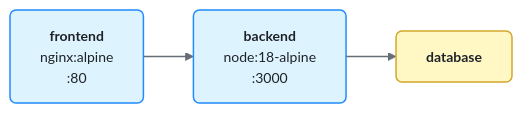
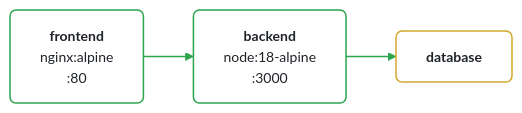
One commit to nithyatsu/prototype changed the diagram in README.md. Above: the diagram before and after it, drawn with Mermaid. The commit also changed 1 other file, not shown here.

````diff
--- a/README.md
+++ b/README.md
@@ -10,17 +10,17 @@
 ```mermaid
-%%{ init: { 'theme': 'base', 'themeVariables': { 'primaryColor': '#ffffff', 'primaryTextColor': '#1f2328', 'primaryBorderColor': '#d1d9e0', 'lineColor': '#656d76', 'secondaryColor': '#f6f8fa', 'tertiaryColor': '#ffffff', 'background': '#ffffff', 'mainBkg': '#ffffff', 'nodeBorder': '#d1d9e0', 'clusterBkg': '#f6f8fa', 'clusterBorder': '#d1d9e0', 'fontSize': '14px', 'fontFamily': '-apple-system, BlinkMacSystemFont, Segoe UI, Noto Sans, Helvetica, Arial, sans-serif' } } }%%
+%%{ init: { 'theme': 'base', 'themeVariables': { 'primaryColor': '#ffffff', 'primaryTextColor': '#1f2328', 'primaryBorderColor': '#d1d9e0', 'lineColor': '#2da44e', 'secondaryColor': '#f6f8fa', 'tertiaryColor': '#ffffff', 'background': '#ffffff', 'mainBkg': '#ffffff', 'nodeBorder': '#d1d9e0', 'clusterBkg': '#f6f8fa', 'clusterBorder': '#d1d9e0', 'fontSize': '14px', 'fontFamily': '-apple-system, BlinkMacSystemFont, Segoe UI, Noto Sans, Helvetica, Arial, sans-serif' } } }%%
 graph LR
-    classDef container fill:#ddf4ff,stroke:#218bff,stroke-width:1.5px,color:#1f2328,rx:6,ry:6
-    classDef datastore fill:#fff8c5,stroke:#d4a72c,stroke-width:1.5px,color:#1f2328,rx:6,ry:6
-    classDef other fill:#f6f8fa,stroke:#d1d9e0,stroke-width:1.5px,color:#1f2328,rx:6,ry:6
+    classDef container fill:#ffffff,stroke:#2da44e,stroke-width:1.5px,color:#1f2328,rx:6,ry:6
+    classDef datastore fill:#ffffff,stroke:#d4a72c,stroke-width:1.5px,color:#1f2328,rx:6,ry:6
+    classDef other fill:#ffffff,stroke:#d1d9e0,stroke-width:1.5px,color:#1f2328,rx:6,ry:6
     frontend["<b>frontend</b><br/>nginx:alpine<br/>:80"]:::container
     backend["<b>backend</b><br/>node:18-alpine<br/>:3000"]:::container
     database["<b>database</b>"]:::datastore
     frontend --> backend
     backend --> database
     click frontend "https://github.com/nithyatsu/prototype/blob/main/app.bicep#L18" "frontend — app.bicep line 18"
     click backend "https://github.com/nithyatsu/prototype/blob/main/app.bicep#L45" "backend — app.bicep line 45"
     click database "https://github.com/nithyatsu/prototype/blob/main/app.bicep#L75" "database — app.bicep line 75"
-    linkStyle 0 stroke:#656d76,stroke-width:1.5px
-    linkStyle 1 stroke:#656d76,stroke-width:1.5px
+    linkStyle 0 stroke:#2da44e,stroke-width:1.5px
+    linkStyle 1 stroke:#2da44e,stroke-width:1.5px
 ```
````
